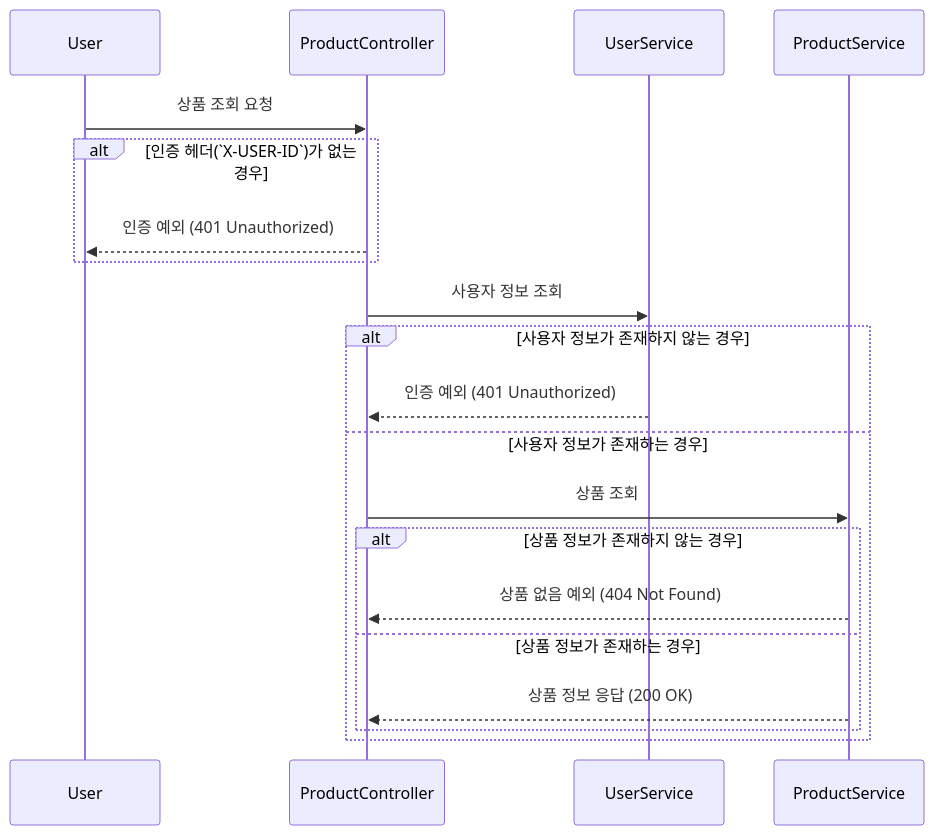
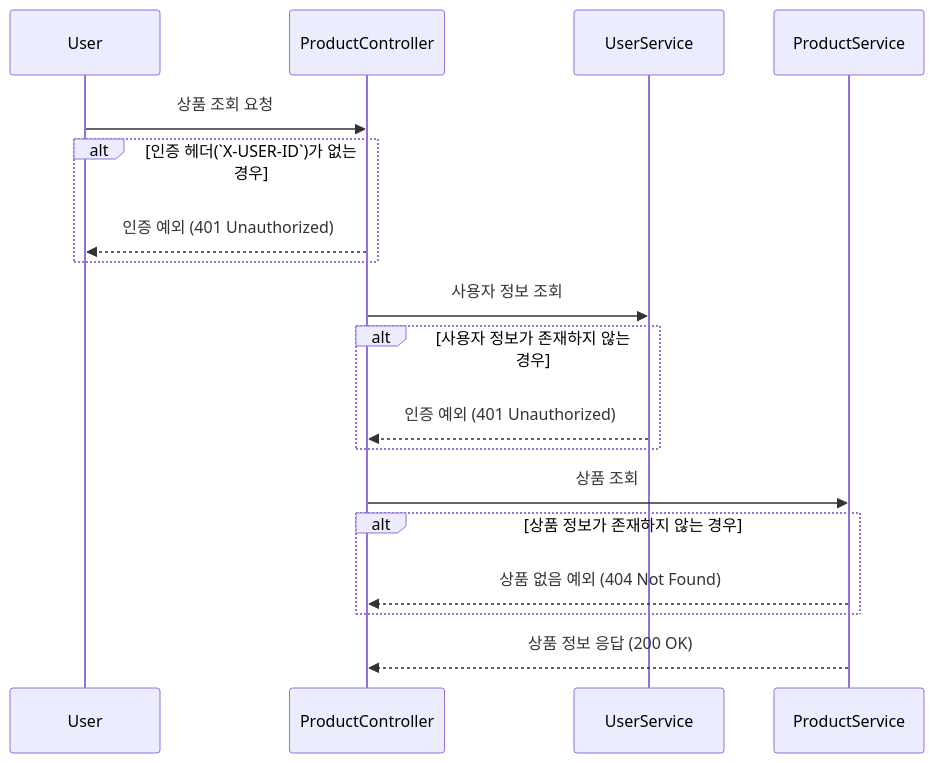
The second of 3 diagrams in docs/design/02-sequence-diagrams/product.md (kiekk/gamsung-commerce), drawn with Mermaid before and after one commit. The commit also changed other lines of this file, not shown here.

First line of the commit message:
docs: 상품 시퀀스 다이어그램 수정

````diff
--- a/docs/design/02-sequence-diagrams/product.md
+++ b/docs/design/02-sequence-diagrams/product.md
@@ -30,22 +28,20 @@
 ```mermaid
 sequenceDiagram
     participant User
     participant ProductController
     participant UserService
     participant ProductService
     User ->> ProductController: 상품 조회 요청
     alt 인증 헤더(`X-USER-ID`)가 없는 경우
         ProductController -->> User: 인증 예외 (401 Unauthorized)
     end
     ProductController ->> UserService: 사용자 정보 조회
     alt 사용자 정보가 존재하지 않는 경우
         UserService -->> ProductController: 인증 예외 (401 Unauthorized)
-    else 사용자 정보가 존재하는 경우
-        ProductController ->> ProductService: 상품 조회
-        alt 상품 정보가 존재하지 않는 경우
-            ProductService -->> ProductController: 상품 없음 예외 (404 Not Found)
-        else 상품 정보가 존재하는 경우
-            ProductService -->> ProductController: 상품 정보 응답 (200 OK)
-        end
     end
+    ProductController ->> ProductService: 상품 조회
+    alt 상품 정보가 존재하지 않는 경우
+        ProductService -->> ProductController: 상품 없음 예외 (404 Not Found)
+    end
+    ProductService -->> ProductController: 상품 정보 응답 (200 OK)
 ```
````
